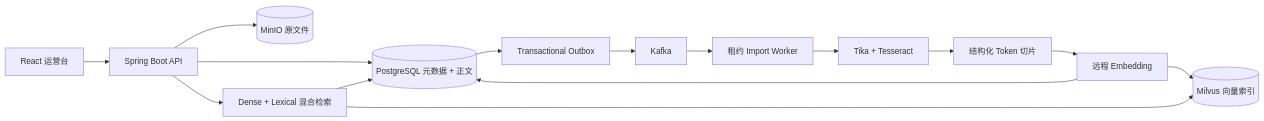
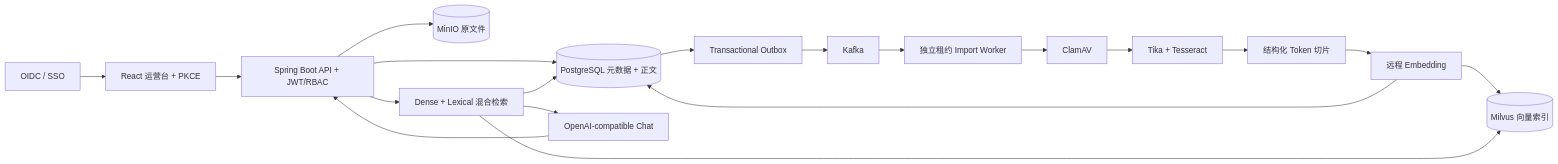
The diagram in README.md (bingo-wz/MyRAG), drawn with Mermaid before and after one commit. The commit also changed other lines of this file and 88 other files, not shown here.

````diff
--- a/README.md
+++ b/README.md
@@ -25,17 +29,21 @@
 ```mermaid
 flowchart LR
-    UI["React 运营台"] --> API["Spring Boot API"]
+    OIDC["OIDC / SSO"] --> UI["React 运营台 + PKCE"]
+    UI --> API["Spring Boot API + JWT/RBAC"]
     API --> MINIO[("MinIO 原文件")]
     API --> PG[("PostgreSQL 元数据 + 正文")]
     PG --> OUTBOX["Transactional Outbox"]
     OUTBOX --> KAFKA["Kafka"]
-    KAFKA --> WORKER["租约 Import Worker"]
-    WORKER --> TIKA["Tika + Tesseract"]
+    KAFKA --> WORKER["独立租约 Import Worker"]
+    WORKER --> AV["ClamAV"]
+    AV --> TIKA["Tika + Tesseract"]
     TIKA --> CHUNK["结构化 Token 切片"]
     CHUNK --> EMB["远程 Embedding"]
     EMB --> MILVUS[("Milvus 向量索引")]
     EMB --> PG
     API --> HYBRID["Dense + Lexical 混合检索"]
     HYBRID --> MILVUS
     HYBRID --> PG
+    HYBRID --> LLM["OpenAI-compatible Chat"]
+    LLM --> API
 ```
````
